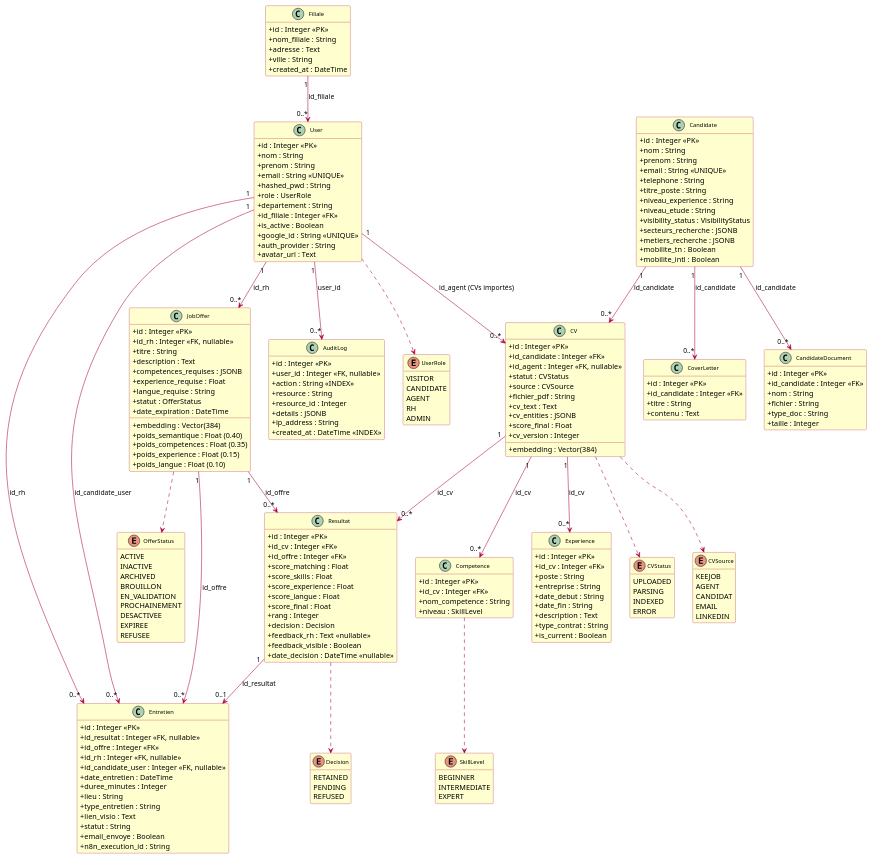
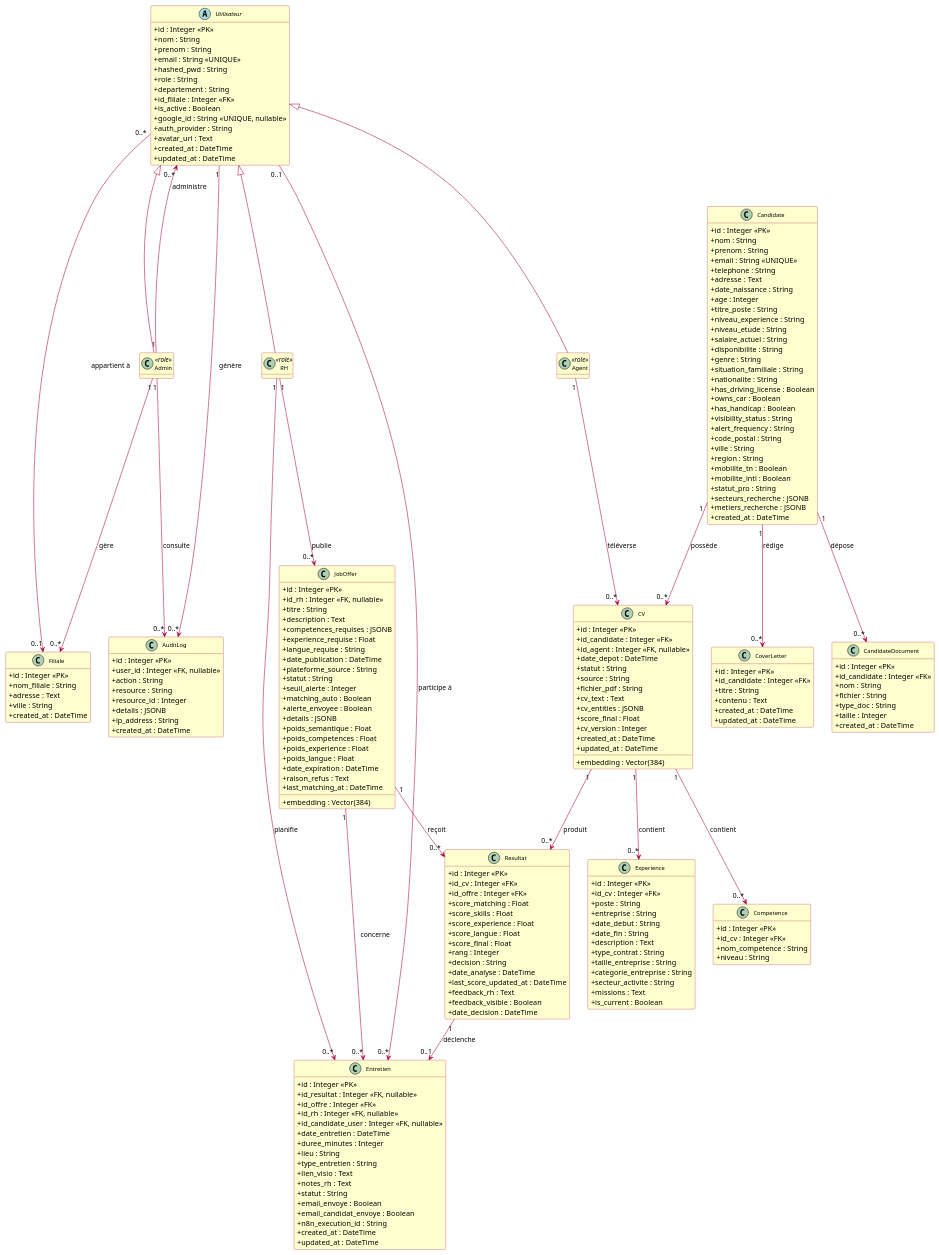
Before and after one commit to hssanmnasri-source/ats-randa: the diagram in docs/uml/drawio/01_classes.puml, drawn with PlantUML. The commit also changed 28 other files, not shown here.

First line of the commit message:
feat(monitoring): fix Grafana dashboard + update docs and UML diagrams

```diff
--- a/docs/uml/drawio/01_classes.puml
+++ b/docs/uml/drawio/01_classes.puml
@@ -8,6 +8,9 @@
 skinparam packageBackgroundColor #EEEEEE
 hide empty methods
 
+' ─────────────────────────────────────────────────────────────
+' FILIALE
+' ─────────────────────────────────────────────────────────────
 class Filiale {
   +id : Integer <<PK>>
   +nom_filiale : String
@@ -16,58 +19,105 @@
   +created_at : DateTime
 }
 
-class User {
+' ─────────────────────────────────────────────────────────────
+' UTILISATEUR (table : users)
+' ─────────────────────────────────────────────────────────────
+abstract class Utilisateur {
   +id : Integer <<PK>>
   +nom : String
   +prenom : String
   +email : String <<UNIQUE>>
   +hashed_pwd : String
-  +role : UserRole
+  +role : String
   +departement : String
   +id_filiale : Integer <<FK>>
   +is_active : Boolean
-  +google_id : String <<UNIQUE>>
+  +google_id : String <<UNIQUE, nullable>>
   +auth_provider : String
   +avatar_url : Text
+  +created_at : DateTime
+  +updated_at : DateTime
 }
 
+' ── Spécialisations de rôle (même table, même PK) ───────────
+class Admin <<role>> {
+}
+
+class Agent <<role>> {
+}
+
+class RH <<role>> {
+}
+
+' ─────────────────────────────────────────────────────────────
+' CANDIDATE (table : candidates)
+' ─────────────────────────────────────────────────────────────
 class Candidate {
   +id : Integer <<PK>>
   +nom : String
   +prenom : String
   +email : String <<UNIQUE>>
   +telephone : String
+  +adresse : Text
+  +date_naissance : String
+  +age : Integer
   +titre_poste : String
   +niveau_experience : String
   +niveau_etude : String
-  +visibility_status : VisibilityStatus
+  +salaire_actuel : String
+  +disponibilite : String
+  +genre : String
+  +situation_familiale : String
+  +nationalite : String
+  +has_driving_license : Boolean
+  +owns_car : Boolean
+  +has_handicap : Boolean
+  +visibility_status : String
+  +alert_frequency : String
+  +code_postal : String
+  +ville : String
+  +region : String
+  +mobilite_tn : Boolean
+  +mobilite_intl : Boolean
+  +statut_pro : String
   +secteurs_recherche : JSONB
   +metiers_recherche : JSONB
-  +mobilite_tn : Boolean
-  +mobilite_intl : Boolean
+  +created_at : DateTime
 }
 
+' ─────────────────────────────────────────────────────────────
+' CV (table : cvs)
+' ─────────────────────────────────────────────────────────────
 class CV {
   +id : Integer <<PK>>
   +id_candidate : Integer <<FK>>
   +id_agent : Integer <<FK, nullable>>
-  +statut : CVStatus
-  +source : CVSource
+  +date_depot : DateTime
+  +statut : String
+  +source : String
   +fichier_pdf : String
   +cv_text : Text
   +cv_entities : JSONB
   +embedding : Vector(384)
   +score_final : Float
   +cv_version : Integer
+  +created_at : DateTime
+  +updated_at : DateTime
 }
 
+' ─────────────────────────────────────────────────────────────
+' COMPETENCE (table : competences)
+' ─────────────────────────────────────────────────────────────
 class Competence {
   +id : Integer <<PK>>
   +id_cv : Integer <<FK>>
   +nom_competence : String
-  +niveau : SkillLevel
+  +niveau : String
 }
 
+' ─────────────────────────────────────────────────────────────
+' EXPERIENCE (table : experiences)
+' ─────────────────────────────────────────────────────────────
 class Experience {
   +id : Integer <<PK>>
   +id_cv : Integer <<FK>>
@@ -77,9 +127,16 @@
   +date_fin : String
   +description : Text
   +type_contrat : String
+  +taille_entreprise : String
+  +categorie_entreprise : String
+  +secteur_activite : String
+  +missions : Text
   +is_current : Boolean
 }
 
+' ─────────────────────────────────────────────────────────────
+' JOBOFFER (table : job_offers)
+' ─────────────────────────────────────────────────────────────
 class JobOffer {
   +id : Integer <<PK>>
   +id_rh : Integer <<FK, nullable>>
@@ -88,15 +145,26 @@
   +competences_requises : JSONB
   +experience_requise : Float
   +langue_requise : String
+  +date_publication : DateTime
+  +plateforme_source : String
   +embedding : Vector(384)
-  +statut : OfferStatus
-  +poids_semantique : Float (0.40)
-  +poids_competences : Float (0.35)
-  +poids_experience : Float (0.15)
-  +poids_langue : Float (0.10)
+  +statut : String
+  +seuil_alerte : Integer
+  +matching_auto : Boolean
+  +alerte_envoyee : Boolean
+  +details : JSONB
+  +poids_semantique : Float
+  +poids_competences : Float
+  +poids_experience : Float
+  +poids_langue : Float
   +date_expiration : DateTime
+  +raison_refus : Text
+  +last_matching_at : DateTime
 }
 
+' ─────────────────────────────────────────────────────────────
+' RESULTAT (table : resultats)
+' ─────────────────────────────────────────────────────────────
 class Resultat {
   +id : Integer <<PK>>
   +id_cv : Integer <<FK>>
@@ -107,12 +175,17 @@
   +score_langue : Float
   +score_final : Float
   +rang : Integer
-  +decision : Decision
-  +feedback_rh : Text <<nullable>>
+  +decision : String
+  +date_analyse : DateTime
+  +last_score_updated_at : DateTime
+  +feedback_rh : Text
   +feedback_visible : Boolean
-  +date_decision : DateTime <<nullable>>
+  +date_decision : DateTime
 }
 
+' ─────────────────────────────────────────────────────────────
+' ENTRETIEN (table : entretiens)
+' ─────────────────────────────────────────────────────────────
 class Entretien {
   +id : Integer <<PK>>
   +id_resultat : Integer <<FK, nullable>>
@@ -124,29 +197,44 @@
   +lieu : String
   +type_entretien : String
   +lien_visio : Text
+  +notes_rh : Text
   +statut : String
   +email_envoye : Boolean
+  +email_candidat_envoye : Boolean
   +n8n_execution_id : String
+  +created_at : DateTime
+  +updated_at : DateTime
 }
 
+' ─────────────────────────────────────────────────────────────
+' AUDITLOG (table : audit_logs)
+' ─────────────────────────────────────────────────────────────
 class AuditLog {
   +id : Integer <<PK>>
   +user_id : Integer <<FK, nullable>>
-  +action : String <<INDEX>>
+  +action : String
   +resource : String
   +resource_id : Integer
   +details : JSONB
   +ip_address : String
-  +created_at : DateTime <<INDEX>>
+  +created_at : DateTime
 }
 
+' ─────────────────────────────────────────────────────────────
+' COVERLETTER (table : cover_letters)
+' ─────────────────────────────────────────────────────────────
 class CoverLetter {
   +id : Integer <<PK>>
   +id_candidate : Integer <<FK>>
   +titre : String
   +contenu : Text
+  +created_at : DateTime
+  +updated_at : DateTime
 }
 
+' ─────────────────────────────────────────────────────────────
+' CANDIDATEDOCUMENT (table : candidate_documents)
+' ─────────────────────────────────────────────────────────────
 class CandidateDocument {
   +id : Integer <<PK>>
   +id_candidate : Integer <<FK>>
@@ -154,75 +242,36 @@
   +fichier : String
   +type_doc : String
   +taille : Integer
+  +created_at : DateTime
 }
 
-enum UserRole {
-  VISITOR
-  CANDIDATE
-  AGENT
-  RH
-  ADMIN
-}
+' ─────────────────────────────────────────────────────────────
+' HÉRITAGE — même table "users", discriminé par role
+' ─────────────────────────────────────────────────────────────
+Utilisateur <|-- Admin
+Utilisateur <|-- Agent
+Utilisateur <|-- RH
 
-enum CVStatus {
-  UPLOADED
-  PARSING
-  INDEXED
-  ERROR
-}
-
-enum CVSource {
-  KEEJOB
-  AGENT
-  CANDIDAT
-  EMAIL
-  LINKEDIN
-}
-
-enum OfferStatus {
-  ACTIVE
-  INACTIVE
-  ARCHIVED
-  BROUILLON
-  EN_VALIDATION
-  PROCHAINEMENT
-  DESACTIVEE
-  EXPIREE
-  REFUSEE
-}
-
-enum Decision {
-  RETAINED
-  PENDING
-  REFUSED
-}
-
-enum SkillLevel {
-  BEGINNER
-  INTERMEDIATE
-  EXPERT
-}
-
-Filiale "1" --> "0..*" User : id_filiale
-User "1" --> "0..*" CV : id_agent (CVs importés)
-User "1" --> "0..*" AuditLog : user_id
-User "1" --> "0..*" JobOffer : id_rh
-User "1" --> "0..*" Entretien : id_rh
-User "1" --> "0..*" Entretien : id_candidate_user
-Candidate "1" --> "0..*" CV : id_candidate
-Candidate "1" --> "0..*" CoverLetter : id_candidate
-Candidate "1" --> "0..*" CandidateDocument : id_candidate
-CV "1" --> "0..*" Competence : id_cv
-CV "1" --> "0..*" Experience : id_cv
-CV "1" --> "0..*" Resultat : id_cv
-JobOffer "1" --> "0..*" Resultat : id_offre
-JobOffer "1" --> "0..*" Entretien : id_offre
-Resultat "1" --> "0..1" Entretien : id_resultat
-CV ..> CVStatus
-CV ..> CVSource
-User ..> UserRole
-JobOffer ..> OfferStatus
-Resultat ..> Decision
-Competence ..> SkillLevel
+' ─────────────────────────────────────────────────────────────
+' ASSOCIATIONS
+' ─────────────────────────────────────────────────────────────
+Utilisateur   "0..*" --> "0..1"  Filiale           : appartient à
+Admin         "1"    --> "0..*"  Filiale           : gère
+Admin         "1"    --> "0..*"  Utilisateur       : administre
+Admin         "1"    --> "0..*"  AuditLog          : consulte
+Agent         "1"    --> "0..*"  CV                : téléverse
+RH            "1"    --> "0..*"  JobOffer          : publie
+RH            "1"    --> "0..*"  Entretien         : planifie
+Utilisateur   "1"    --> "0..*"  AuditLog          : génère
+Candidate     "1"    --> "0..*"  CV                : possède
+Candidate     "1"    --> "0..*"  CoverLetter       : rédige
+Candidate     "1"    --> "0..*"  CandidateDocument : dépose
+CV            "1"    --> "0..*"  Competence        : contient
+CV            "1"    --> "0..*"  Experience        : contient
+CV            "1"    --> "0..*"  Resultat          : produit
+JobOffer      "1"    --> "0..*"  Resultat          : reçoit
+JobOffer      "1"    --> "0..*"  Entretien         : concerne
+Resultat      "1"    --> "0..1"  Entretien         : déclenche
+Utilisateur   "0..1" --> "0..*"  Entretien         : participe à
 
 @enduml
```
